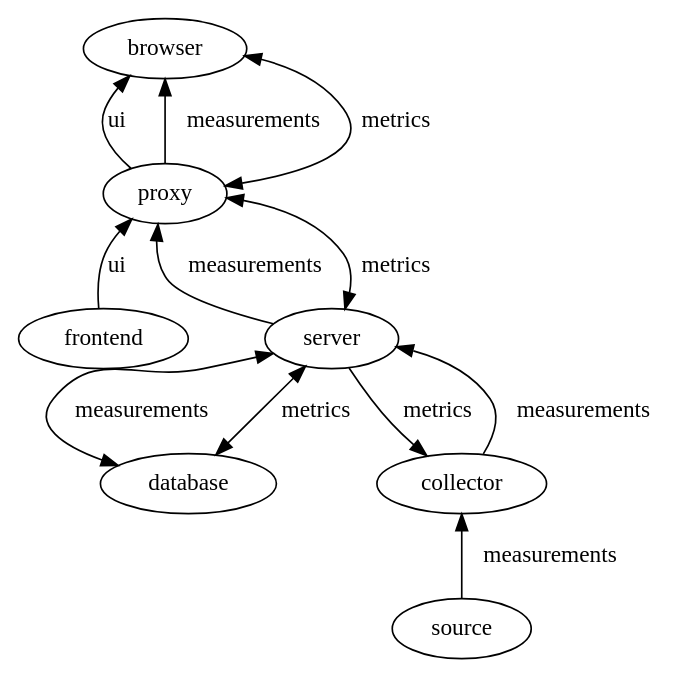
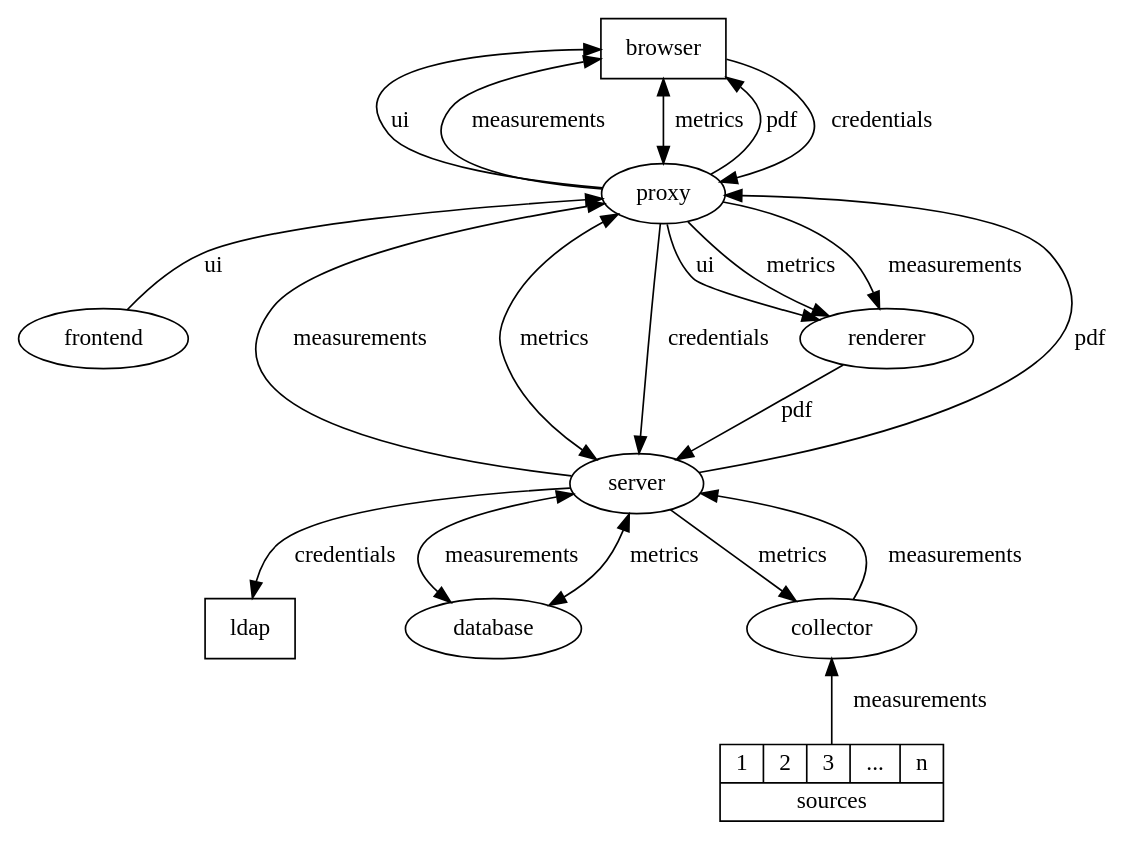
Before and after one commit to ICTU/quality-time: the diagram in docs/components.dot, drawn with Graphviz. The commit also changed 8 other files, not shown here.

```diff
--- a/docs/components.dot
+++ b/docs/components.dot
@@ -1,13 +1,25 @@
 digraph {
+  browser [shape=rectangle]
+  ldap [shape=rectangle]
   browser -> proxy [label=ui, dir="back"]
   browser -> proxy [label=measurements, dir="back"]
   browser -> proxy [label=metrics, dir="both"]
+  browser -> proxy [label=pdf, dir="back"]
   proxy -> frontend [label=ui, dir="back"]
   proxy -> server [label=measurements, dir="back"]
   proxy -> server [label=metrics, dir="both"]
   server -> database [label=measurements, dir="both"]
   server -> database [label=metrics, dir="both"]
   collector -> server [label=measurements]
   server -> collector [label=metrics]
   collector -> source [label=measurements, dir="back"]
+  proxy -> renderer [label=ui]
+  proxy -> renderer [label=metrics]
+  proxy -> renderer [label=measurements]
+  renderer -> server [label=pdf]
+  server -> proxy [label=pdf]
+  browser -> proxy [label=credentials]
+  proxy -> server [label=credentials]
+  server -> ldap [label=credentials]
+  source [label="{{1|2|3|...|n}|sources}" shape=record]
 }
```
